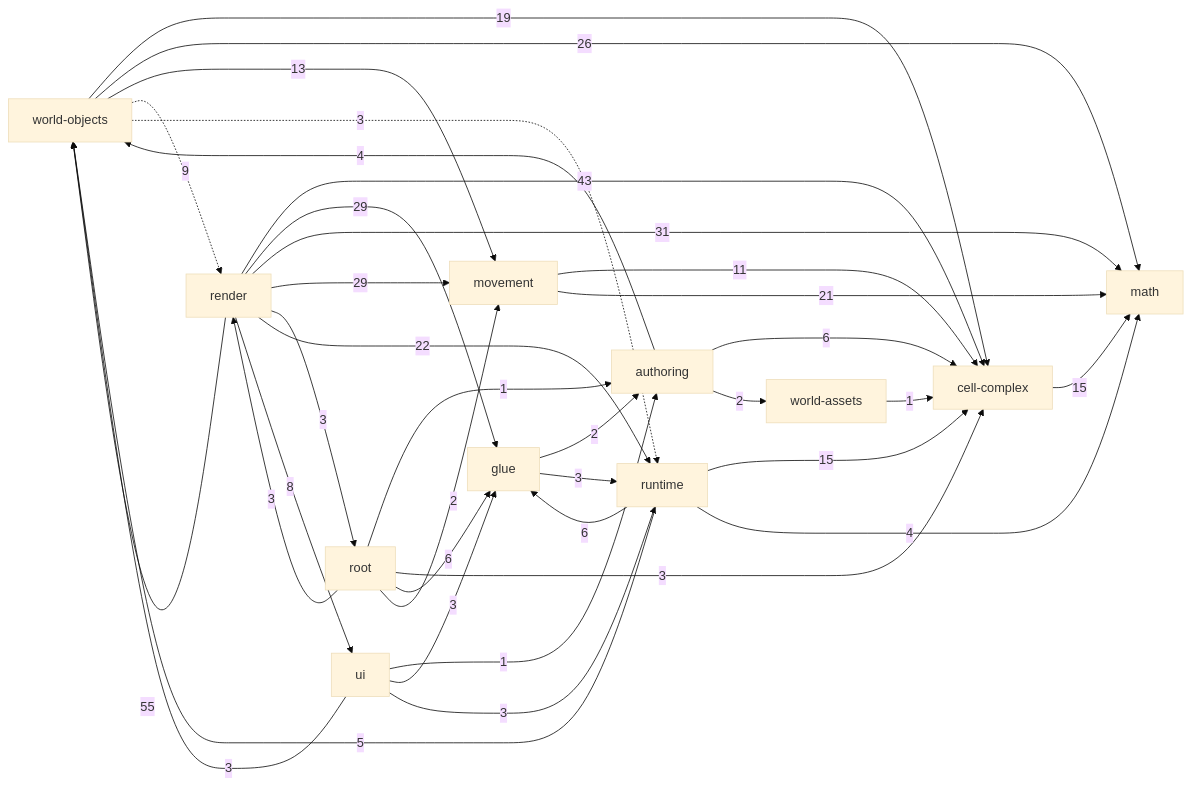
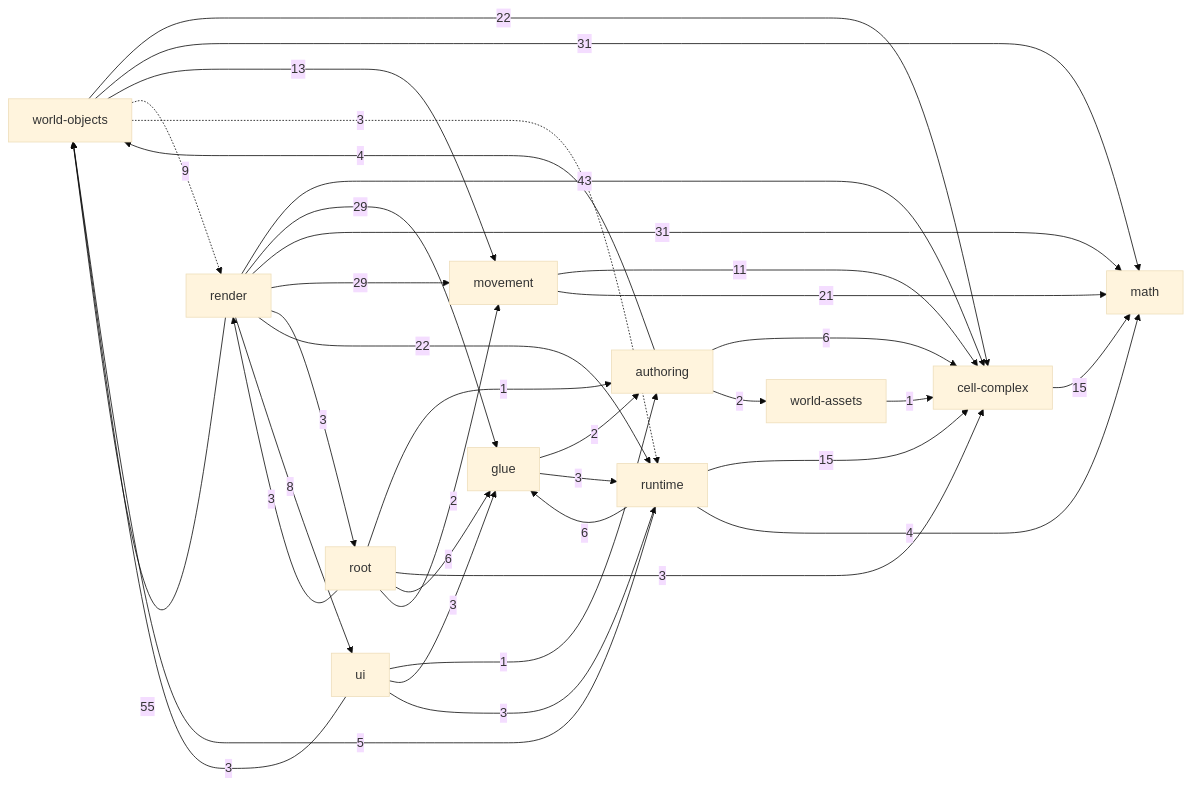
Before and after one commit to guraltsev/noneuclid-fpv: the diagram in _docs/generated/ARCHITECTURE_REFERENCE.md, drawn with Mermaid (base theme). The commit also changed other lines of this file and 11 other files, not shown here.

````diff
--- a/_docs/generated/ARCHITECTURE_REFERENCE.md
+++ b/_docs/generated/ARCHITECTURE_REFERENCE.md
@@ -32,49 +32,49 @@
 ```mermaid
 flowchart LR
   math["math"]
   cell_complex["cell-complex"]
   movement["movement"]
   world_assets["world-assets"]
   world_objects["world-objects"]
   authoring["authoring"]
   runtime["runtime"]
   ui["ui"]
   glue["glue"]
   render["render"]
   root["root"]
   authoring -->|6| cell_complex
   authoring -->|2| world_assets
   authoring -->|4| world_objects
   cell_complex -->|15| math
   glue -->|2| authoring
   glue -->|3| runtime
   movement -->|11| cell_complex
   movement -->|21| math
   render -->|43| cell_complex
   render -->|29| glue
   render -->|31| math
   render -->|29| movement
   render -->|3| root
   render -->|22| runtime
   render -->|8| ui
   render -->|55| world_objects
   root -->|1| authoring
   root -->|3| cell_complex
   root -->|6| glue
   root -->|2| movement
   root -->|3| render
   runtime -->|15| cell_complex
   runtime -->|6| glue
   runtime -->|4| math
   runtime -->|5| world_objects
   ui -->|1| authoring
   ui -->|3| glue
   ui -->|3| runtime
   ui -->|3| world_objects
   world_assets -->|1| cell_complex
-  world_objects -->|19| cell_complex
-  world_objects -->|26| math
+  world_objects -->|22| cell_complex
+  world_objects -->|31| math
   world_objects -->|13| movement
   world_objects -.->|9| render
   world_objects -.->|3| runtime
 ```
````
